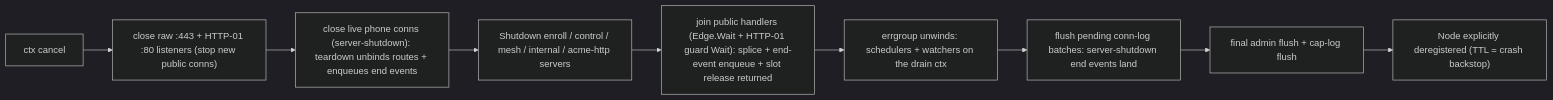
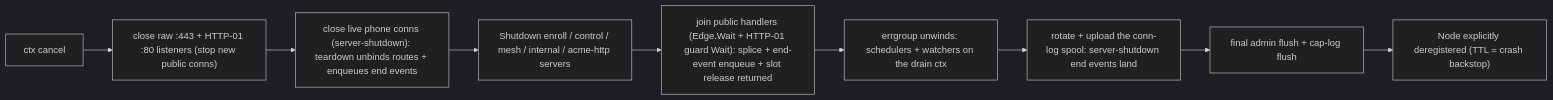
One commit to danielealbano/android-remote-control-mcp-tunneld changed the third of 3 diagrams in docs/ARCHITECTURE.md. Above: the diagram before and after it, drawn with Mermaid (dark theme). The commit also changed other lines of this file and 7 other files, not shown here.

Commit message:
docs(docs): document the connection-log spool and its deploy mount

````diff
--- a/docs/ARCHITECTURE.md
+++ b/docs/ARCHITECTURE.md
@@ -262,11 +270,11 @@
 ```mermaid
 flowchart LR
   cancel["ctx cancel"] --> close["close raw :443 + HTTP-01 :80 listeners (stop new public conns)"]
   close --> phones["close live phone conns (server-shutdown): teardown unbinds routes + enqueues end events"]
   phones --> drain["Shutdown enroll / control / mesh / internal / acme-http servers"]
   drain --> join["join public handlers (Edge.Wait + HTTP-01 guard Wait): splice + end-event enqueue + slot release returned"]
   join --> group["errgroup unwinds: schedulers + watchers on the drain ctx"]
-  group --> queue["flush pending conn-log batches: server-shutdown end events land"]
+  group --> queue["rotate + upload the conn-log spool: server-shutdown end events land"]
   queue --> flush["final admin flush + cap-log flush"]
   flush --> dereg["Node explicitly deregistered (TTL = crash backstop)"]
 ```
````
